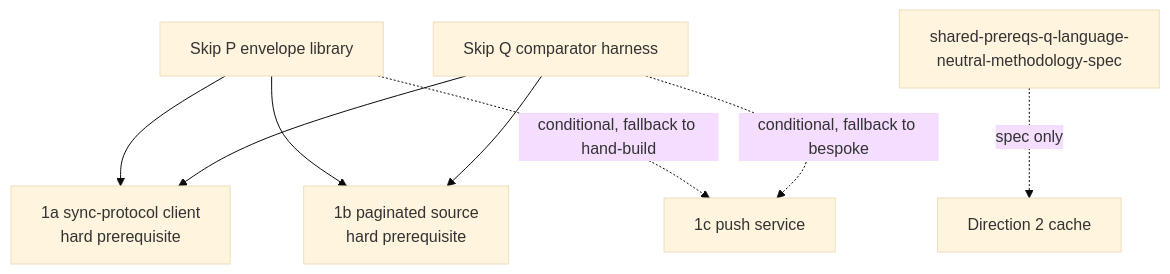
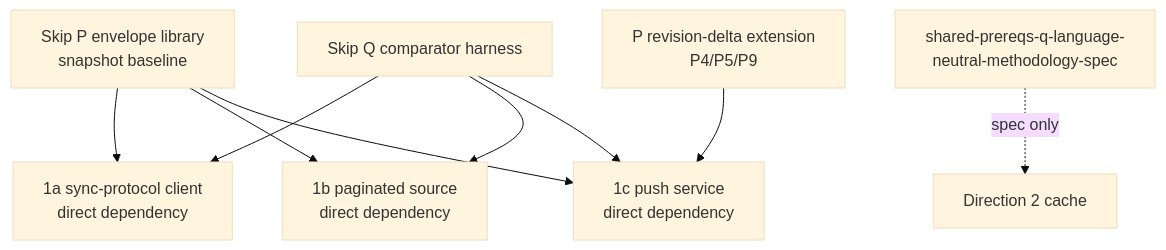
Before and after one commit to billf/skip: the diagram in docs/plans/2026-09-14-skip-shared-prerequisites-plan.md, drawn with Mermaid (base theme). The commit also changed other lines of this file and 1 other file, not shown here.

````diff
--- a/docs/plans/2026-09-14-skip-shared-prerequisites-plan.md
+++ b/docs/plans/2026-09-14-skip-shared-prerequisites-plan.md
@@ -19,10 +19,11 @@
 ```mermaid
 graph TD
-    P[Skip P envelope library] --> SP1A[1a sync-protocol client<br/>hard prerequisite]
-    P --> SP1B[1b paginated source<br/>hard prerequisite]
-    P -. conditional, fallback to hand-build .-> SP1C[1c push service]
+    P[Skip P envelope library<br/>snapshot baseline] --> SP1A[1a sync-protocol client<br/>direct dependency]
+    P --> SP1B[1b paginated source<br/>direct dependency]
+    PEXT[P revision-delta extension<br/>P4/P5/P9] --> SP1C[1c push service<br/>direct dependency]
+    P --> SP1C
     Q[Skip Q comparator harness] --> SP1A
     Q --> SP1B
-    Q -. conditional, fallback to bespoke .-> SP1C
+    Q --> SP1C
     SPEC[shared-prereqs-q-language-neutral-methodology-spec] -. spec only .-> DIR2[Direction 2 cache]
 ```
````
